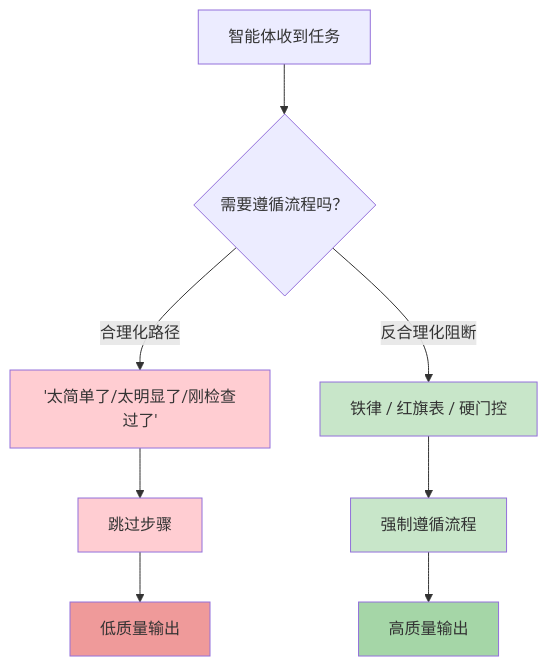
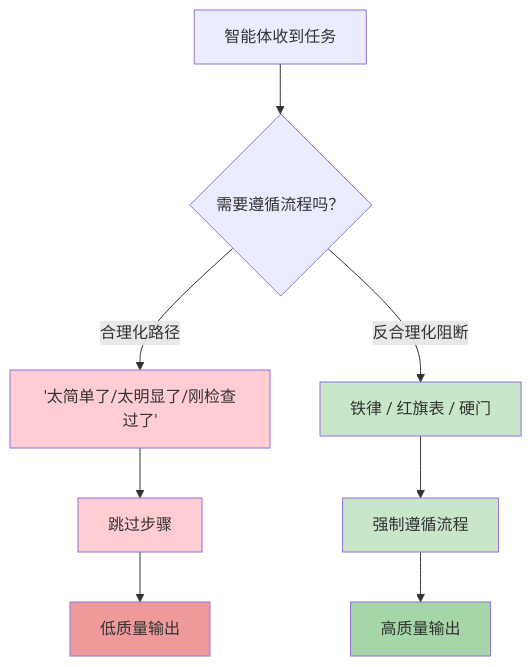
Before and after one commit to yongnianliu/superpowers: the first of 3 diagrams in docs/zh/05-anti-rationalization.md, drawn with Mermaid. The commit also changed other lines of this file and 12 other files, not shown here.

````diff
--- a/docs/zh/05-anti-rationalization.md
+++ b/docs/zh/05-anti-rationalization.md
@@ -21,18 +21,18 @@
 ```mermaid
 graph TD
     A["智能体收到任务"] --> B{"需要遵循流程吗？"}
     B -->|"合理化路径"| C["'太简单了/太明显了/刚检查过了'"]
     C --> D["跳过步骤"]
     D --> E["低质量输出"]
 
-    B -->|"反合理化阻断"| F["铁律 / 红旗表 / 硬门控"]
+    B -->|"反合理化阻断"| F["铁律 / 红旗表 / 硬门"]
     F --> G["强制遵循流程"]
     G --> H["高质量输出"]
 
     style C fill:#FFCDD2
     style D fill:#FFCDD2
     style E fill:#EF9A9A
     style F fill:#C8E6C9
     style G fill:#C8E6C9
     style H fill:#A5D6A7
 ```
````
